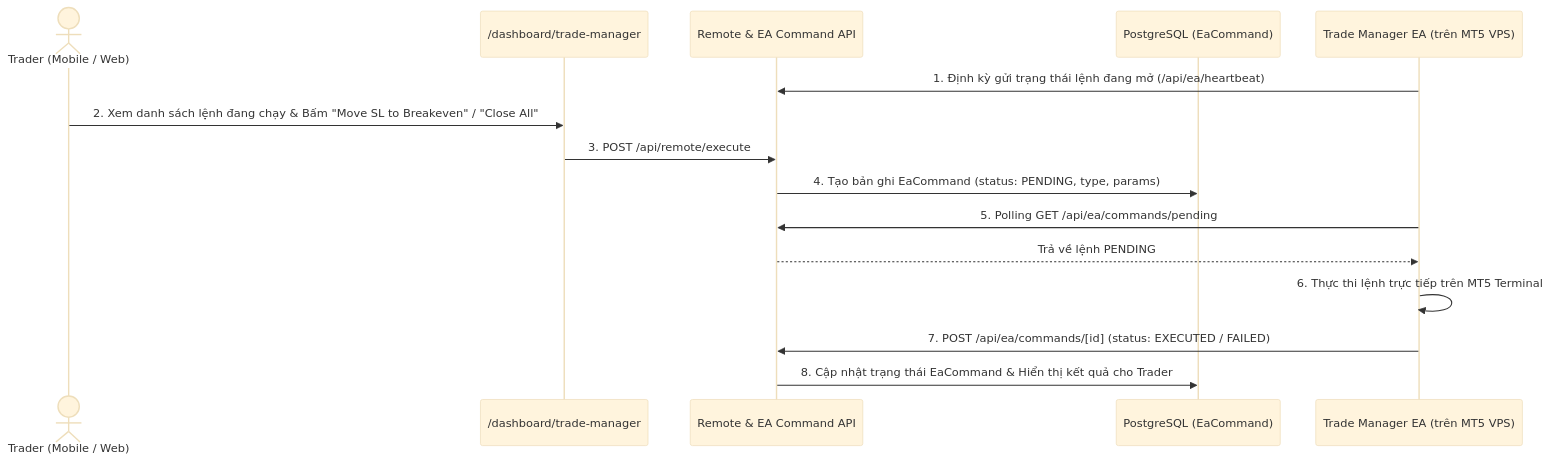
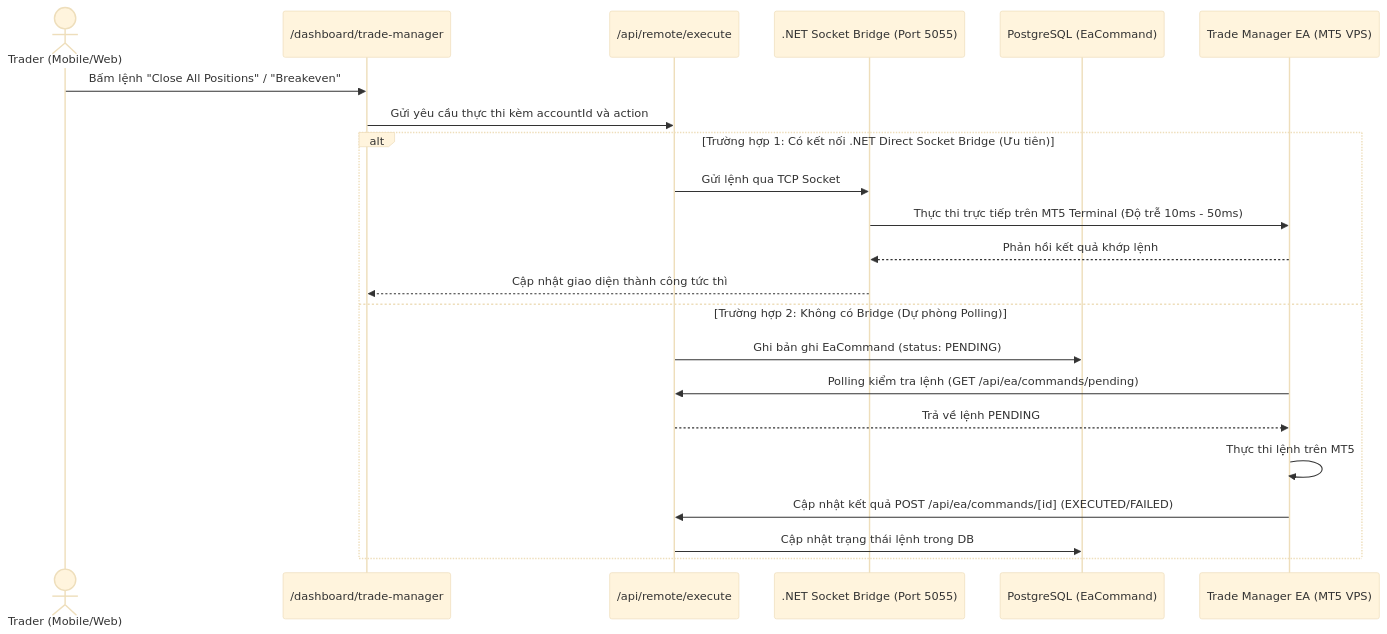
The second of 4 diagrams in docs/MASTER_BA_SPECIFICATION.md (nguyenndn/thenexttrade), drawn with Mermaid (base theme) before and after one commit. The commit also changed other lines of this file and 197 other files, not shown here.

````diff
--- a/docs/MASTER_BA_SPECIFICATION.md
+++ b/docs/MASTER_BA_SPECIFICATION.md
@@ -474,18 +467,25 @@
 ```mermaid
 sequenceDiagram
-    actor Trader as Trader (Mobile / Web)
+    actor Trader as Trader (Mobile/Web)
     participant UI as /dashboard/trade-manager
-    participant API as Remote & EA Command API
+    participant API as /api/remote/execute
+    participant Bridge as .NET Socket Bridge (Port 5055)
     participant DB as PostgreSQL (EaCommand)
-    participant EA as Trade Manager EA (trên MT5 VPS)
+    participant EA as Trade Manager EA (MT5 VPS)
 
-    EA->>API: 1. Định kỳ gửi trạng thái lệnh đang mở (/api/ea/heartbeat)
-    Trader->>UI: 2. Xem danh sách lệnh đang chạy & Bấm "Move SL to Breakeven" / "Close All"
-    UI->>API: 3. POST /api/remote/execute
-    API->>DB: 4. Tạo bản ghi EaCommand (status: PENDING, type, params)
-    EA->>API: 5. Polling GET /api/ea/commands/pending
-    API-->>EA: Trả về lệnh PENDING
-    EA->>EA: 6. Thực thi lệnh trực tiếp trên MT5 Terminal
-    EA->>API: 7. POST /api/ea/commands/[id] (status: EXECUTED / FAILED)
-    API->>DB: 8. Cập nhật trạng thái EaCommand & Hiển thị kết quả cho Trader
+    Trader->>UI: Bấm lệnh "Close All Positions" / "Breakeven"
+    UI->>API: Gửi yêu cầu thực thi kèm accountId và action
+    alt Trường hợp 1: Có kết nối .NET Direct Socket Bridge (Ưu tiên)
+        API->>Bridge: Gửi lệnh qua TCP Socket
+        Bridge->>EA: Thực thi trực tiếp trên MT5 Terminal (Độ trễ 10ms - 50ms)
+        EA-->>Bridge: Phản hồi kết quả khớp lệnh
+        Bridge-->>UI: Cập nhật giao diện thành công tức thì
+    else Trường hợp 2: Không có Bridge (Dự phòng Polling)
+        API->>DB: Ghi bản ghi EaCommand (status: PENDING)
+        EA->>API: Polling kiểm tra lệnh (GET /api/ea/commands/pending)
+        API-->>EA: Trả về lệnh PENDING
+        EA->>EA: Thực thi lệnh trên MT5
+        EA->>API: Cập nhật kết quả POST /api/ea/commands/[id] (EXECUTED/FAILED)
+        API->>DB: Cập nhật trạng thái lệnh trong DB
+    end
 ```
````
